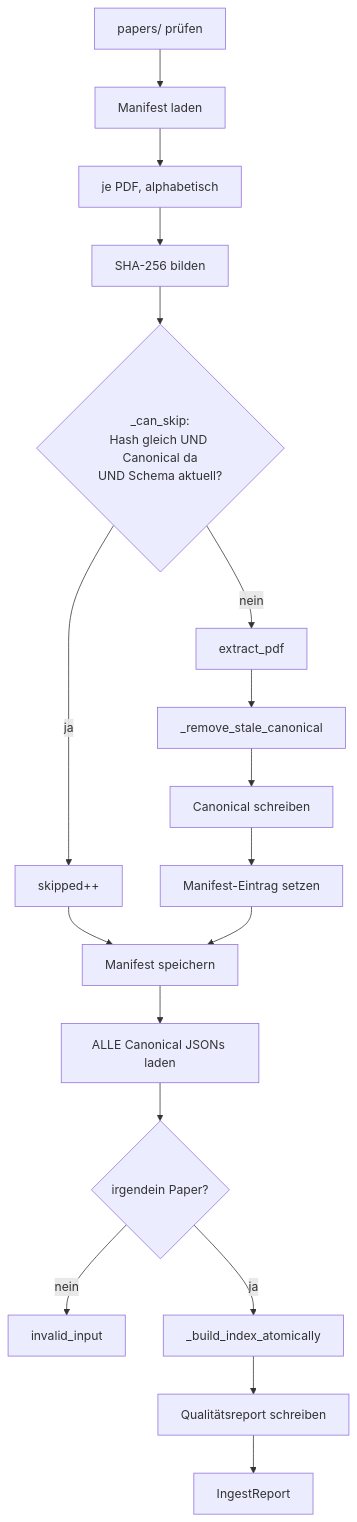
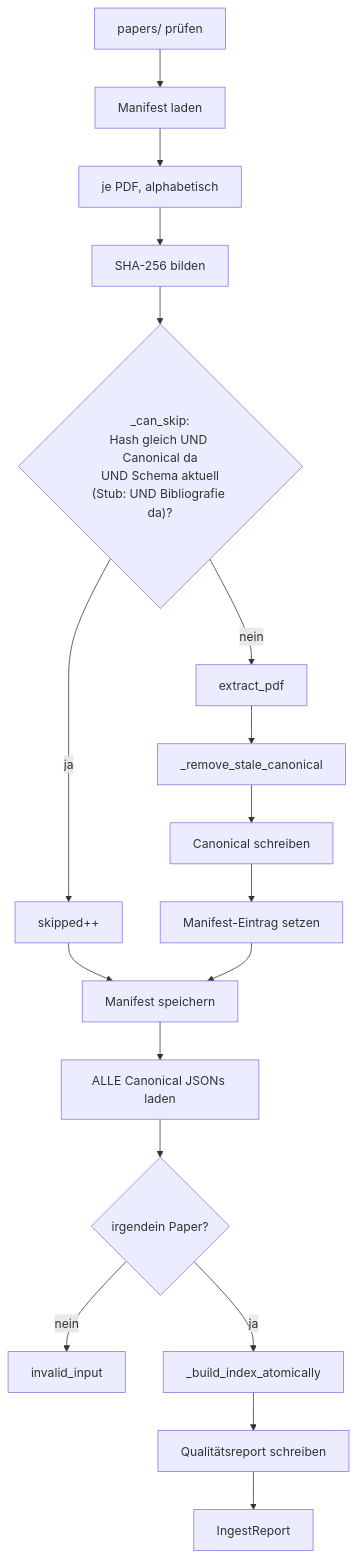
One commit to MomoEngineer/research-graphrag changed the first of 3 diagrams in src/research_graphrag/doc/pipeline.md. Above: the diagram before and after it, drawn with Mermaid. The commit also changed other lines of this file and 32 other files, not shown here.

````diff
--- a/src/research_graphrag/doc/pipeline.md
+++ b/src/research_graphrag/doc/pipeline.md
@@ -33,20 +33,20 @@
 ```mermaid
 flowchart TD
     A["papers/ prüfen"] --> B["Manifest laden"]
     B --> C["je PDF, alphabetisch"]
     C --> D["SHA-256 bilden"]
-    D --> E{"_can_skip:<br/>Hash gleich UND Canonical da<br/>UND Schema aktuell?"}
+    D --> E{"_can_skip:<br/>Hash gleich UND Canonical da<br/>UND Schema aktuell<br/>(Stub: UND Bibliografie da)?"}
     E -- ja --> F["skipped++"]
     E -- nein --> G["extract_pdf"]
     G --> H["_remove_stale_canonical"]
     H --> I["Canonical schreiben"]
     I --> J["Manifest-Eintrag setzen"]
     F --> K
     J --> K["Manifest speichern"]
     K --> L["ALLE Canonical JSONs laden"]
     L --> M{"irgendein Paper?"}
     M -- nein --> N["invalid_input"]
     M -- ja --> O["_build_index_atomically"]
     O --> P["Qualitätsreport schreiben"]
     P --> Q["IngestReport"]
 ```
````
